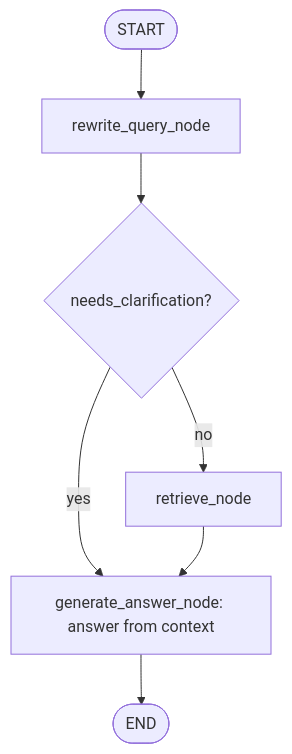
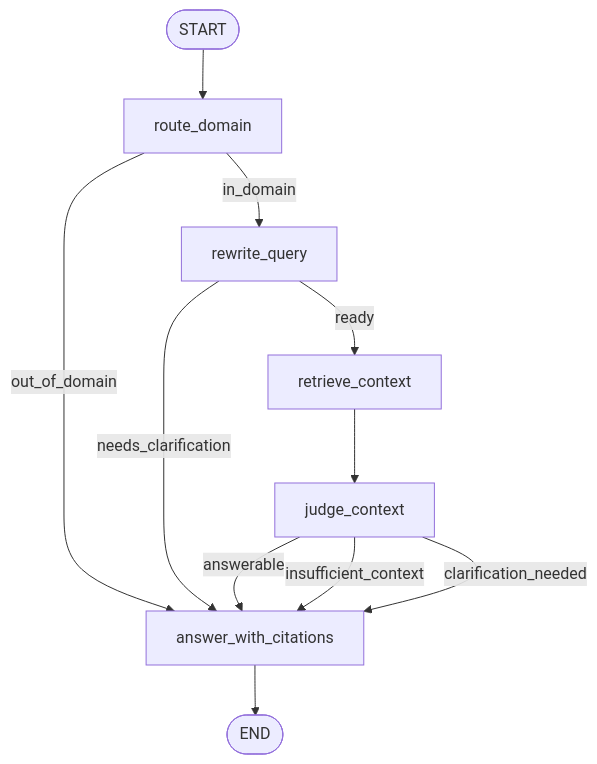
The second of 3 diagrams in HUONG_DAN_CHAY_TUNG_PHAN.md (DuongDucMinh/AGENTIC-RAG), drawn with Mermaid before and after one commit. The commit also changed other lines of this file and 30 other files, not shown here.

````diff
--- a/HUONG_DAN_CHAY_TUNG_PHAN.md
+++ b/HUONG_DAN_CHAY_TUNG_PHAN.md
@@ -294,9 +122,13 @@
 ```mermaid
 flowchart TD
-    START(["START"]) --> R["rewrite_query_node"]
-    R --> C{"needs_clarification?"}
-    C -->|"yes"| G["generate_answer_node: ask clarification"]
-    C -->|"no"| S["retrieve_node"]
-    S --> G["generate_answer_node: answer from context"]
-    G --> END(["END"])
+    START(["START"]) --> A["route_domain"]
+    A -->|"out_of_domain"| E["answer_with_citations"]
+    A -->|"in_domain"| B["rewrite_query"]
+    B -->|"needs_clarification"| E
+    B -->|"ready"| C["retrieve_context"]
+    C --> D["judge_context"]
+    D -->|"answerable"| E
+    D -->|"insufficient_context"| E
+    D -->|"clarification_needed"| E
+    E --> END(["END"])
 ```
````
